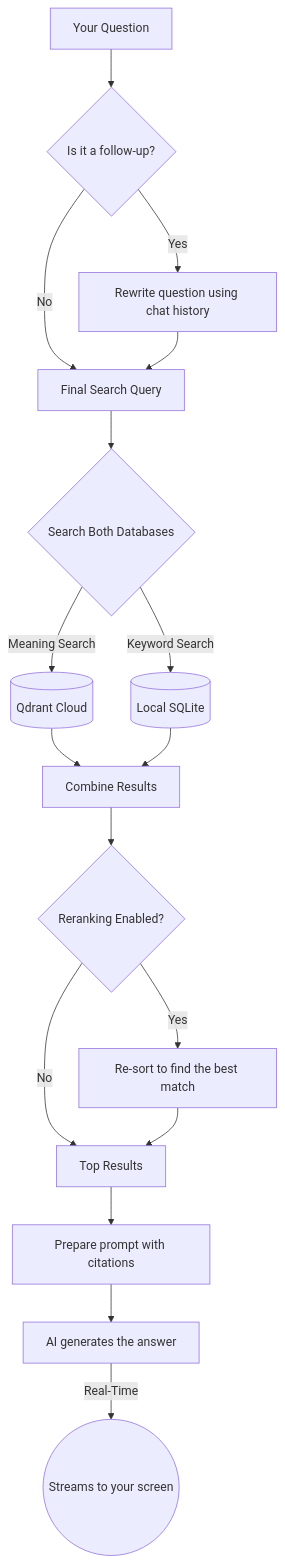
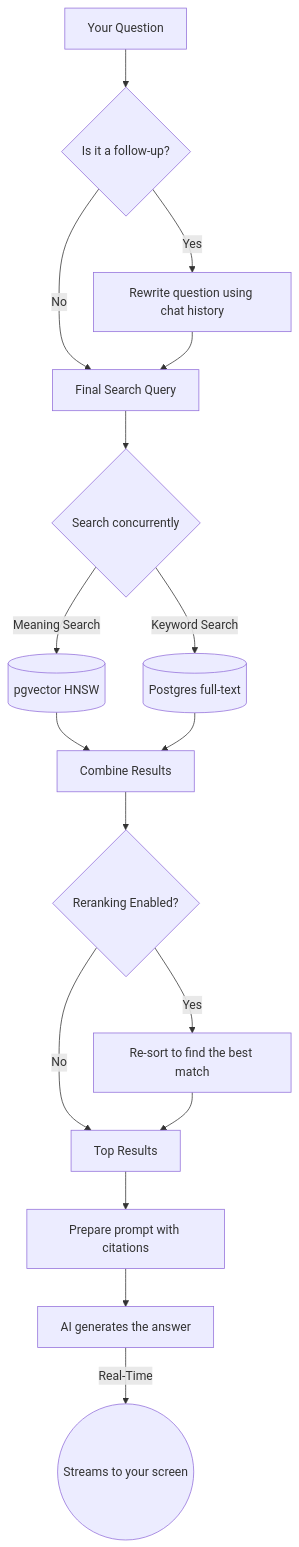
Before and after one commit to rudrabaru/nexus-rag: the third of 4 diagrams in README.md, drawn with Mermaid. The commit also changed other lines of this file and 3 other files, not shown here.

````diff
--- a/README.md
+++ b/README.md
@@ -173,29 +187,29 @@
 ```mermaid
 graph TD
     A[Your Question] --> B{Is it a follow-up?}
     
     %% Rewriting
     B -->|Yes| C[Rewrite question using chat history]
     B -->|No| D[Final Search Query]
     C --> D
     
     %% Hybrid Retrieval
-    D --> E{Search Both Databases}
-    E -->|Meaning Search| F[(Qdrant Cloud)]
-    E -->|Keyword Search| G[(Local SQLite)]
+    D --> E{Search concurrently}
+    E -->|Meaning Search| F[(pgvector HNSW)]
+    E -->|Keyword Search| G[(Postgres full-text)]
     
     F --> H[Combine Results]
     G --> H
     
     %% Refinement
     H --> I{Reranking Enabled?}
     I -->|Yes| J[Re-sort to find the best match]
     I -->|No| K[Top Results]
     J --> K
     
     %% Generation
     K --> L[Prepare prompt with citations]
     L --> M[AI generates the answer]
     
     M -->|Real-Time| N((Streams to your screen))
 ```
````
